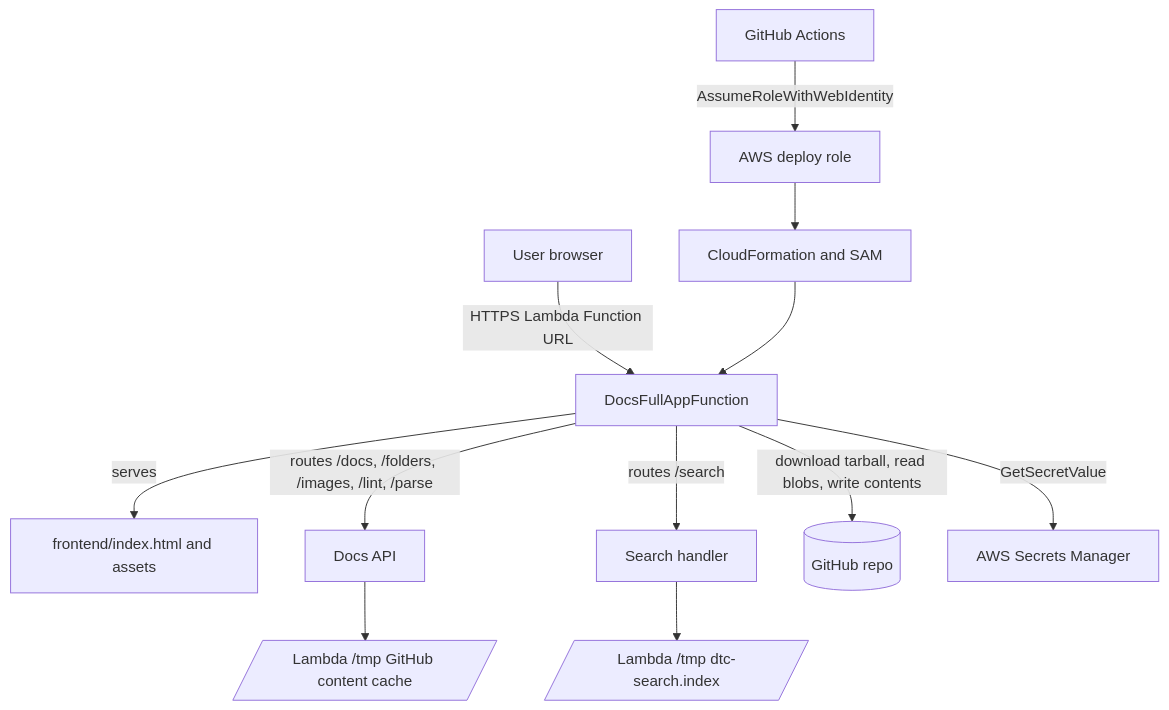
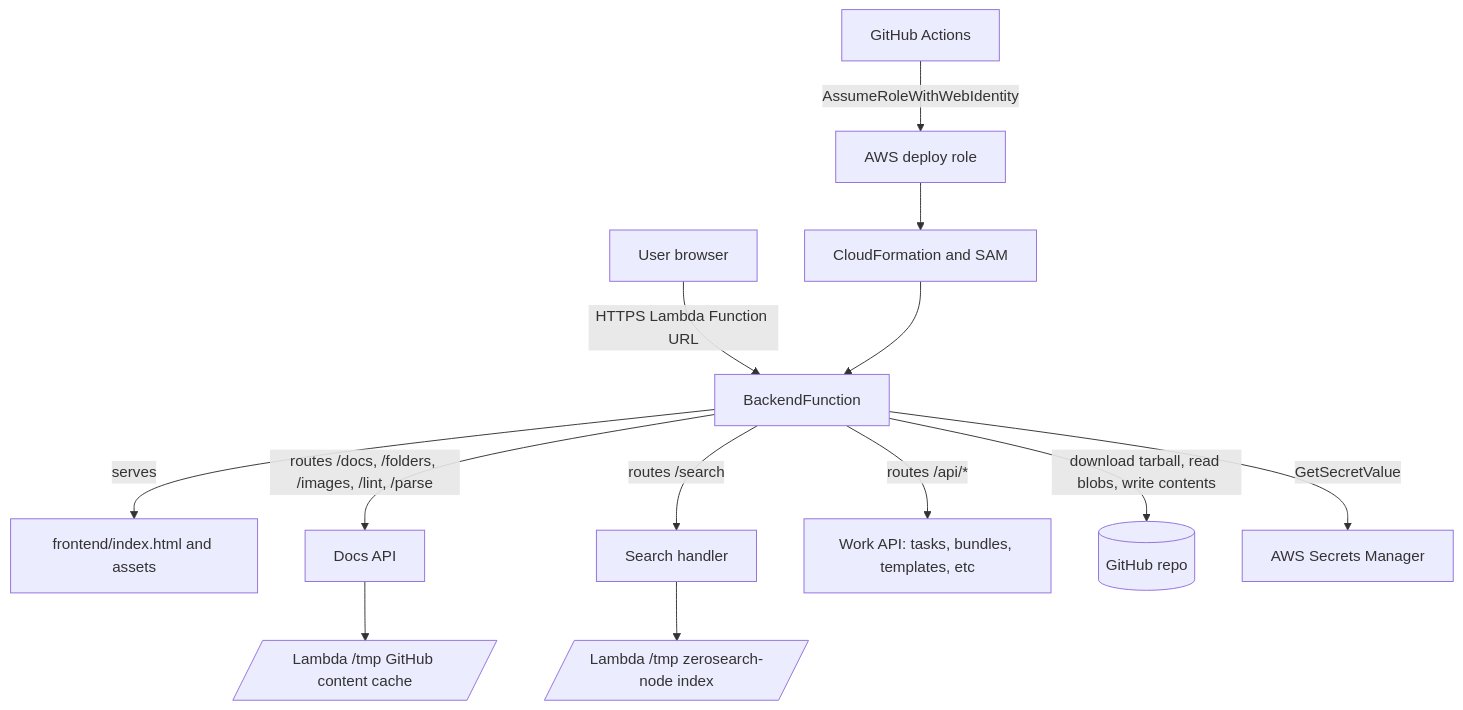
The first of 6 diagrams in docs/architecture.md (DataTalksClub/dataops), drawn with Mermaid before and after one commit. The commit also changed other lines of this file and 294 other files, not shown here.

````diff
--- a/docs/architecture.md
+++ b/docs/architecture.md
@@ -32,14 +32,15 @@
 ```mermaid
 flowchart TB
-  User[User browser] -->|HTTPS Lambda Function URL| FullApp[DocsFullAppFunction]
-  FullApp -->|serves| Frontend[frontend/index.html and assets]
-  FullApp -->|routes /docs, /folders, /images, /lint, /parse| DocsApi[Docs API]
-  FullApp -->|routes /search| Search[Search handler]
+  User[User browser] -->|HTTPS Lambda Function URL| Backend[BackendFunction]
+  Backend -->|serves| Frontend[frontend/index.html and assets]
+  Backend -->|routes /docs, /folders, /images, /lint, /parse| DocsApi[Docs API]
+  Backend -->|routes /search| Search[Search handler]
+  Backend -->|routes /api/*| WorkApi[Work API: tasks, bundles, templates, etc]
   DocsApi --> Cache[/Lambda /tmp GitHub content cache/]
-  Search --> Index[/Lambda /tmp dtc-search.index/]
-  FullApp -->|download tarball, read blobs, write contents| GitHub[(GitHub repo)]
-  FullApp -->|GetSecretValue| Secrets[AWS Secrets Manager]
+  Search --> Index[/Lambda /tmp zerosearch-node index/]
+  Backend -->|download tarball, read blobs, write contents| GitHub[(GitHub repo)]
+  Backend -->|GetSecretValue| Secrets[AWS Secrets Manager]
   Actions[GitHub Actions] -->|AssumeRoleWithWebIdentity| DeployRole[AWS deploy role]
   DeployRole --> CloudFormation[CloudFormation and SAM]
-  CloudFormation --> FullApp
+  CloudFormation --> Backend
 ```
````
